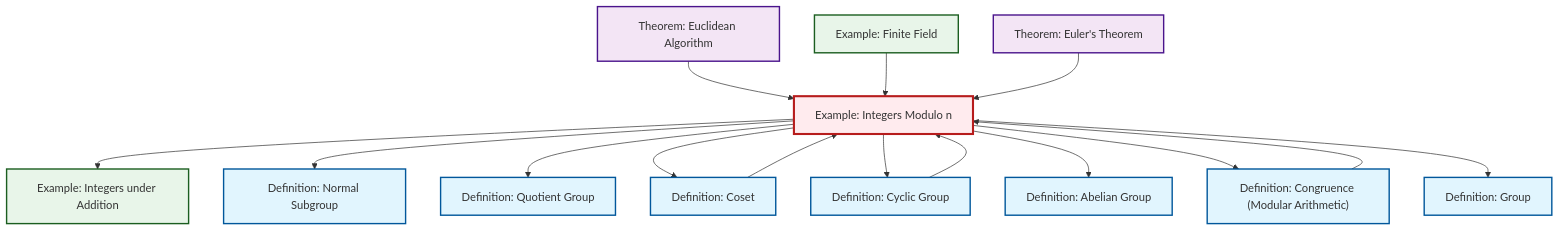
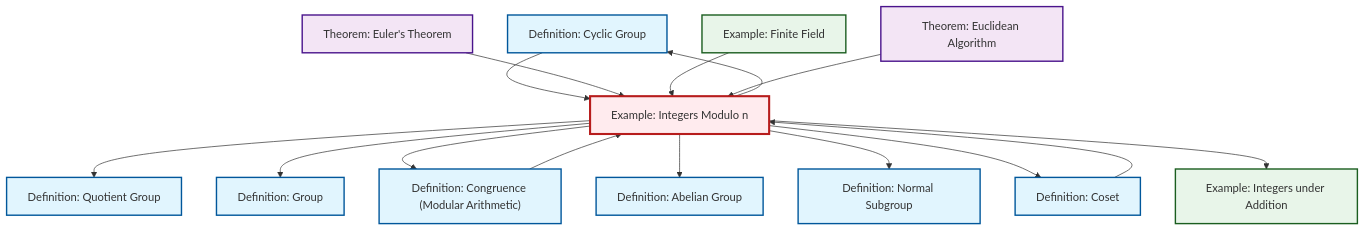
One commit to RK0429/ModernMath changed the diagram in content/ja/algebra/ex-quotient-integers-mod-n.qmd. Above: the diagram before and after it, drawn with Mermaid. The commit also changed other lines of this file and 615 other files, not shown here.

````diff
--- a/content/ja/algebra/ex-quotient-integers-mod-n.qmd
+++ b/content/ja/algebra/ex-quotient-integers-mod-n.qmd
@@ -121,47 +122,47 @@
 ```{mermaid}
 %%| fig-cap: "Local dependency graph"
 graph TD
     classDef definition fill:#e1f5fe,stroke:#01579b,stroke-width:2px
     classDef theorem fill:#f3e5f5,stroke:#4a148c,stroke-width:2px
     classDef axiom fill:#fff3e0,stroke:#e65100,stroke-width:2px
     classDef example fill:#e8f5e9,stroke:#1b5e20,stroke-width:2px
     classDef current fill:#ffebee,stroke:#b71c1c,stroke-width:3px
+    ex-integers-addition["Example: Integers under Addition"]:::example
+    def-group["Definition: Group"]:::definition
+    def-cyclic-group["Definition: Cyclic Group"]:::definition
     thm-euler["Theorem: Euler's Theorem"]:::theorem
+    def-congruence["Definition: Congruence (Modular Arithmetic)"]:::definition
     def-abelian-group["Definition: Abelian Group"]:::definition
+    ex-quotient-integers-mod-n["Example: Integers Modulo n"]:::example
+    def-coset["Definition: Coset"]:::definition
+    def-normal-subgroup["Definition: Normal Subgroup"]:::definition
+    ex-finite-field["Example: Finite Field"]:::example
+    thm-euclidean-algorithm["Theorem: Euclidean Algorithm"]:::theorem
     def-quotient-group["Definition: Quotient Group"]:::definition
-    ex-integers-addition["Example: Integers under Addition"]:::example
-    def-cyclic-group["Definition: Cyclic Group"]:::definition
-    thm-euclidean-algorithm["Theorem: Euclidean Algorithm"]:::theorem
-    def-coset["Definition: Coset"]:::definition
-    def-group["Definition: Group"]:::definition
-    ex-finite-field["Example: Finite Field"]:::example
-    def-normal-subgroup["Definition: Normal Subgroup"]:::definition
-    def-congruence["Definition: Congruence (Modular Arithmetic)"]:::definition
-    ex-quotient-integers-mod-n["Example: Integers Modulo n"]:::example
+    def-cyclic-group --> ex-quotient-integers-mod-n
+    ex-quotient-integers-mod-n --> def-quotient-group
+    thm-euler --> ex-quotient-integers-mod-n
     def-coset --> ex-quotient-integers-mod-n
-    ex-quotient-integers-mod-n --> ex-integers-addition
+    ex-quotient-integers-mod-n --> def-group
+    ex-finite-field --> ex-quotient-integers-mod-n
+    ex-quotient-integers-mod-n --> def-congruence
+    ex-quotient-integers-mod-n --> def-abelian-group
+    ex-quotient-integers-mod-n --> def-cyclic-group
+    ex-quotient-integers-mod-n --> def-normal-subgroup
+    ex-quotient-integers-mod-n --> def-coset
     thm-euclidean-algorithm --> ex-quotient-integers-mod-n
     def-congruence --> ex-quotient-integers-mod-n
-    def-cyclic-group --> ex-quotient-integers-mod-n
-    ex-quotient-integers-mod-n --> def-normal-subgroup
-    ex-quotient-integers-mod-n --> def-quotient-group
-    ex-finite-field --> ex-quotient-integers-mod-n
-    ex-quotient-integers-mod-n --> def-coset
-    ex-quotient-integers-mod-n --> def-cyclic-group
-    thm-euler --> ex-quotient-integers-mod-n
-    ex-quotient-integers-mod-n --> def-abelian-group
-    ex-quotient-integers-mod-n --> def-congruence
-    ex-quotient-integers-mod-n --> def-group
+    ex-quotient-integers-mod-n --> ex-integers-addition
     class ex-quotient-integers-mod-n current
+    click ex-integers-addition "ex-integers-addition.html" "Example: Integers under Additionへ"
+    click def-group "def-group.html" "Definition: Groupへ"
+    click def-cyclic-group "def-cyclic-group.html" "Definition: Cyclic Groupへ"
     click thm-euler "thm-euler.html" "Theorem: Euler's Theoremへ"
+    click def-congruence "def-congruence.html" "Definition: Congruence (Modular Arithmetic)へ"
     click def-abelian-group "def-abelian-group.html" "Definition: Abelian Groupへ"
+    click def-coset "def-coset.html" "Definition: Cosetへ"
+    click def-normal-subgroup "def-normal-subgroup.html" "Definition: Normal Subgroupへ"
+    click ex-finite-field "ex-finite-field.html" "Example: Finite Fieldへ"
+    click thm-euclidean-algorithm "thm-euclidean-algorithm.html" "Theorem: Euclidean Algorithmへ"
     click def-quotient-group "def-quotient-group.html" "Definition: Quotient Groupへ"
-    click ex-integers-addition "ex-integers-addition.html" "Example: Integers under Additionへ"
-    click def-cyclic-group "def-cyclic-group.html" "Definition: Cyclic Groupへ"
-    click thm-euclidean-algorithm "thm-euclidean-algorithm.html" "Theorem: Euclidean Algorithmへ"
-    click def-coset "def-coset.html" "Definition: Cosetへ"
-    click def-group "def-group.html" "Definition: Groupへ"
-    click ex-finite-field "ex-finite-field.html" "Example: Finite Fieldへ"
-    click def-normal-subgroup "def-normal-subgroup.html" "Definition: Normal Subgroupへ"
-    click def-congruence "def-congruence.html" "Definition: Congruence (Modular Arithmetic)へ"
 ```
````
